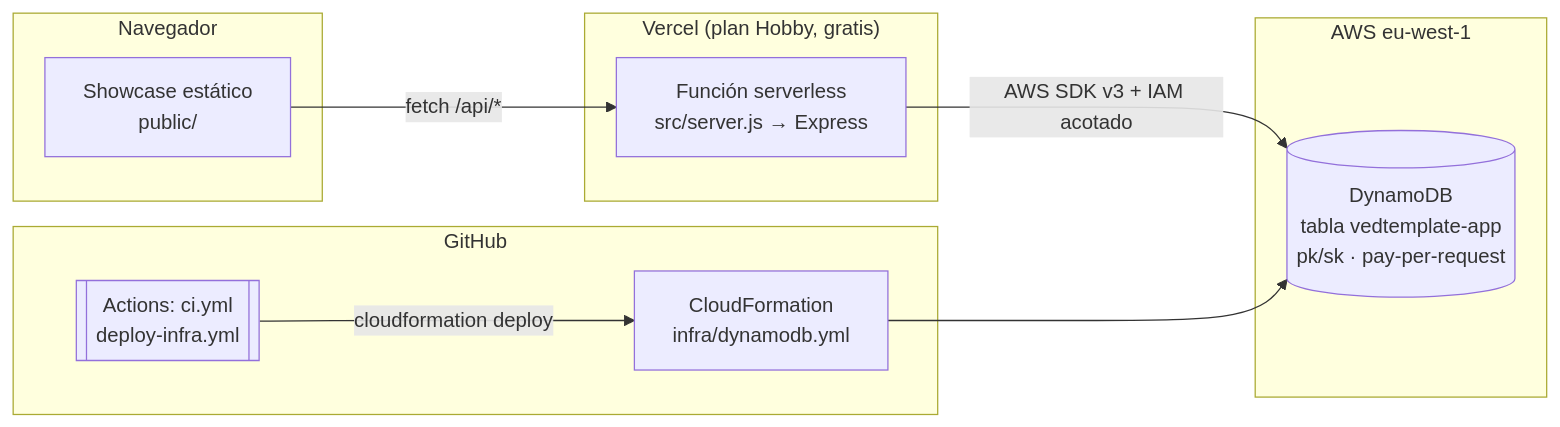
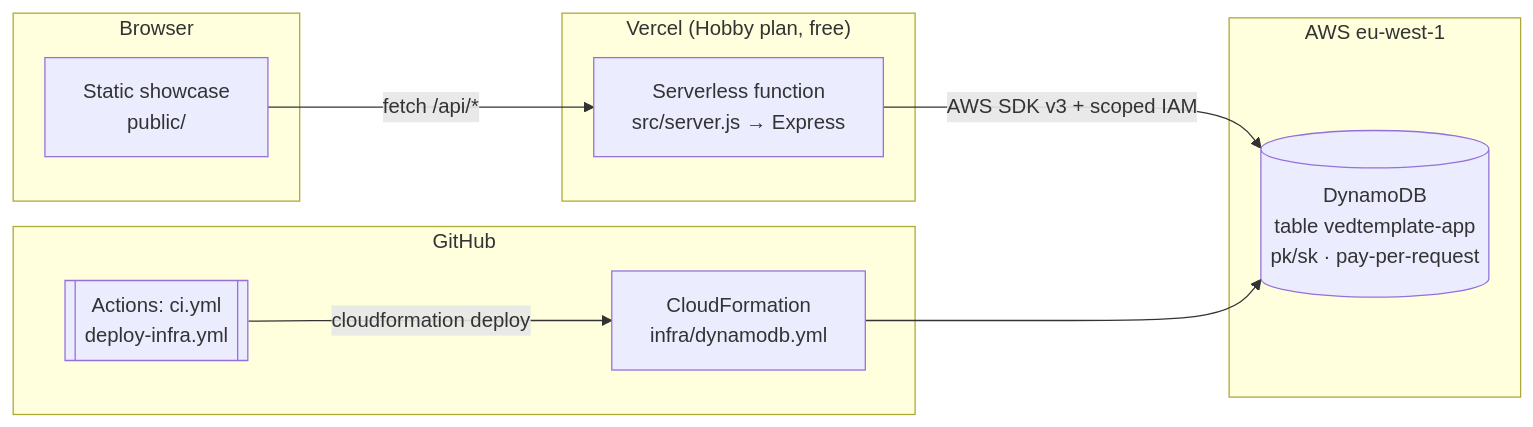
One commit to infranettone/infranettone-template-vercel-express-dynamodb changed the diagram in README.md. Above: the diagram before and after it, drawn with Mermaid. The commit also changed other lines of this file and 27 other files, not shown here.

````diff
--- a/README.md
+++ b/README.md
@@ -23,19 +23,19 @@
 ```mermaid
 flowchart LR
-  subgraph Navegador
-    UI[Showcase estático<br/>public/]
+  subgraph Browser
+    UI[Static showcase<br/>public/]
   end
-  subgraph Vercel["Vercel (plan Hobby, gratis)"]
-    FN["Función serverless<br/>src/server.js → Express"]
+  subgraph Vercel["Vercel (Hobby plan, free)"]
+    FN["Serverless function<br/>src/server.js → Express"]
   end
   subgraph AWS["AWS eu-west-1"]
-    DDB[("DynamoDB<br/>tabla vedtemplate-app<br/>pk/sk · pay-per-request")]
+    DDB[("DynamoDB<br/>table vedtemplate-app<br/>pk/sk · pay-per-request")]
   end
   subgraph GitHub
     GHA[["Actions: ci.yml<br/>deploy-infra.yml"]]
     CFN[CloudFormation<br/>infra/dynamodb.yml]
   end
   UI -- "fetch /api/*" --> FN
-  FN -- "AWS SDK v3 + IAM acotado" --> DDB
+  FN -- "AWS SDK v3 + scoped IAM" --> DDB
   GHA -- "cloudformation deploy" --> CFN --> DDB
 ```
````
